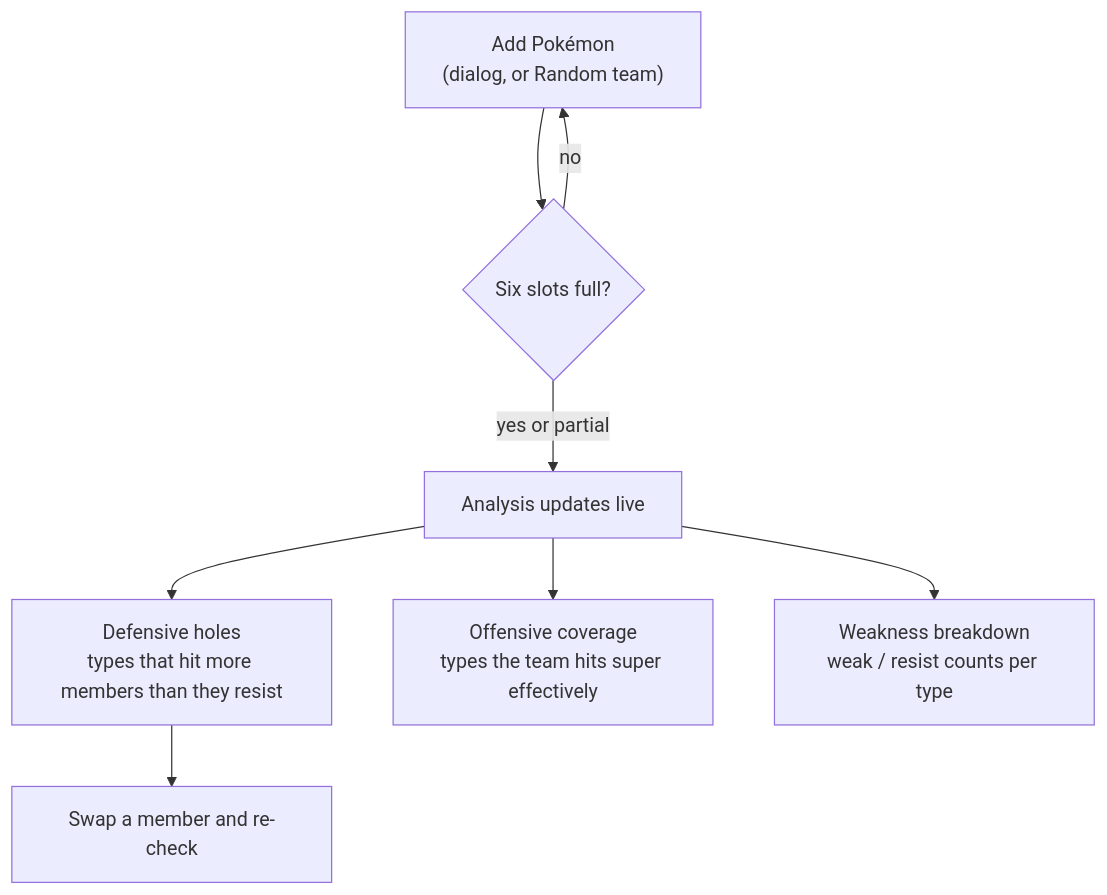
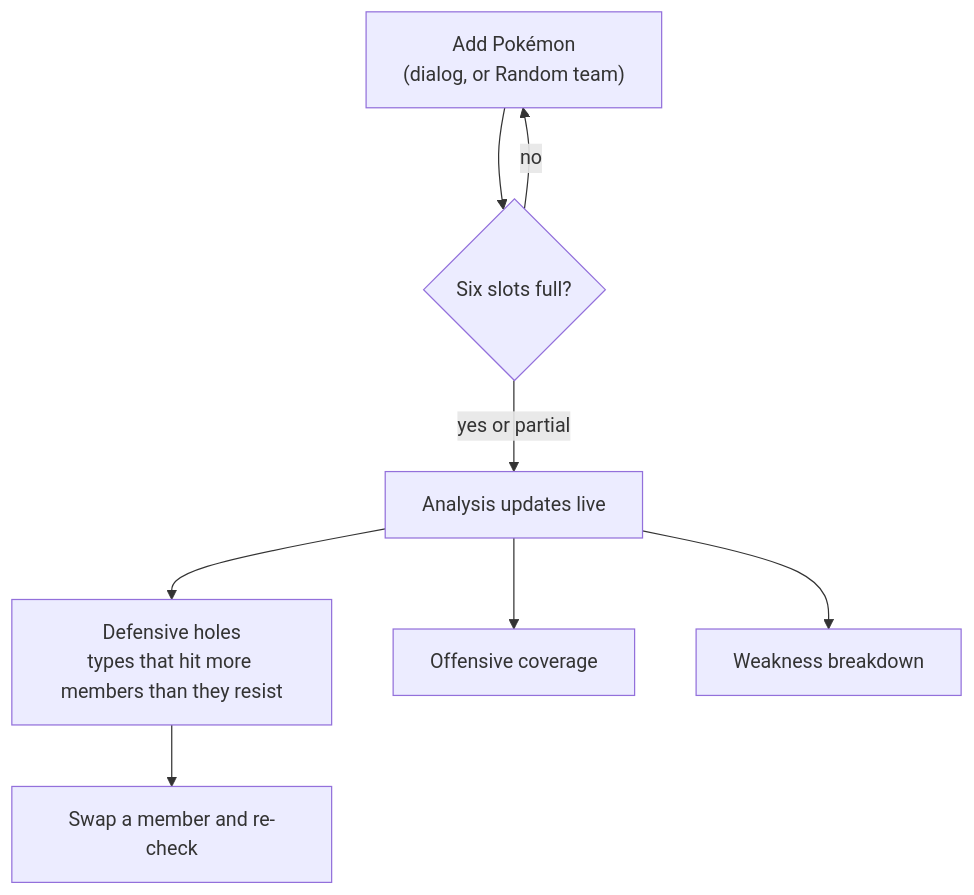
The fourth of 5 diagrams in docs/DESIGN.md (bachbnt/bokedex), drawn with Mermaid before and after one commit. The commit also changed other lines of this file and 70 other files, not shown here.

````diff
--- a/docs/DESIGN.md
+++ b/docs/DESIGN.md
@@ -105,10 +123,10 @@
 ```mermaid
 flowchart TD
   A["Add Pokémon<br/>(dialog, or Random team)"] --> B{Six slots full?}
   B -->|no| A
   B -->|yes or partial| C["Analysis updates live"]
   C --> D["Defensive holes<br/>types that hit more members than they resist"]
-  C --> E["Offensive coverage<br/>types the team hits super effectively"]
-  C --> F["Weakness breakdown<br/>weak / resist counts per type"]
+  C --> E["Offensive coverage"]
+  C --> F["Weakness breakdown"]
   D --> G["Swap a member and re-check"]
 ```
````
